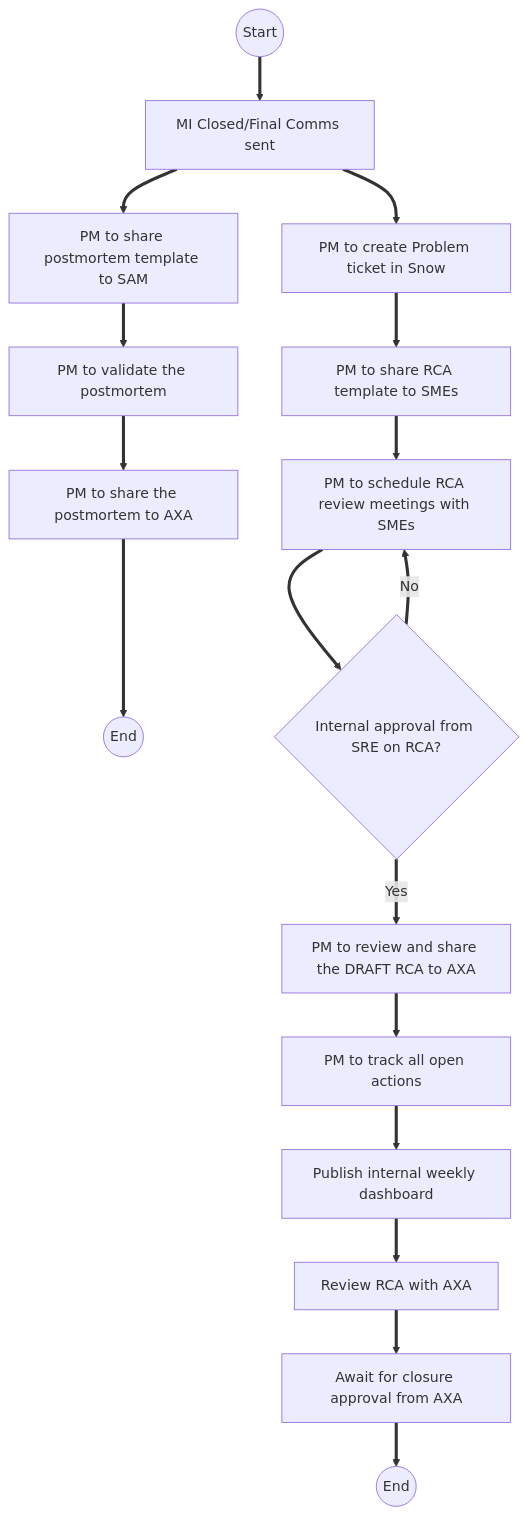
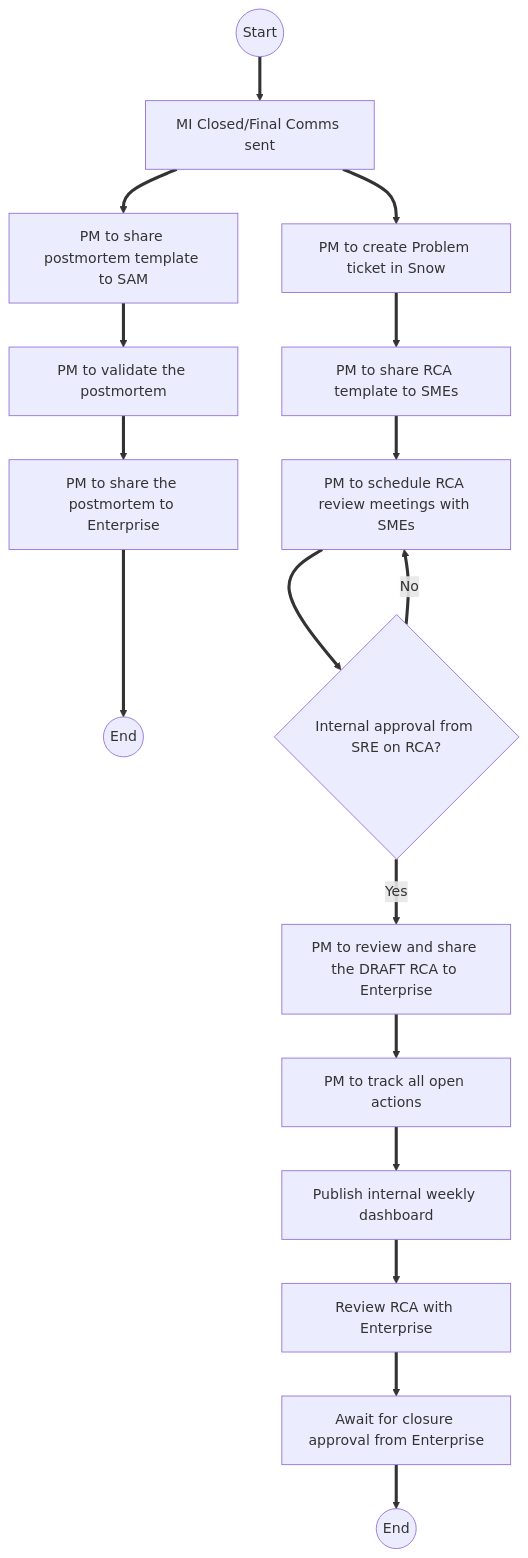
Before and after one commit to spnizen/cognitive-automation: the diagram in docs/squads/service/pmcoreit.md, drawn with Mermaid. The commit also changed other lines of this file and 112 other files, not shown here.

````diff
--- a/docs/squads/service/pmcoreit.md
+++ b/docs/squads/service/pmcoreit.md
@@ -12,13 +12,13 @@
     ``` mermaid
         graph TD
         X((Start)) ==> S[MI Closed/Final Comms sent] ==> S1[PM to share postmortem template to SAM] & A[PM to create Problem ticket in Snow];
-        S1 ==> S2[PM to validate the postmortem] ==> S3[PM to share the postmortem to AXA] ==> Y((End));
+        S1 ==> S2[PM to validate the postmortem] ==> S3[PM to share the postmortem to Enterprise] ==> Y((End));
         A ==> A1[PM to share RCA template to SMEs] ==> A2[PM to schedule RCA review meetings with SMEs]
-        ==> B{Internal approval from SRE on RCA?} ==> |Yes| B1[PM to review and share the DRAFT RCA to AXA]
+        ==> B{Internal approval from SRE on RCA?} ==> |Yes| B1[PM to review and share the DRAFT RCA to Enterprise]
         ==> C[PM to track all open actions]
         ==> C1[Publish internal weekly dashboard]
-        ==> C2[Review RCA with AXA]
-        ==> C3[Await for closure approval from AXA]
+        ==> C2[Review RCA with Enterprise]
+        ==> C3[Await for closure approval from Enterprise]
         ==> Z((End));
         B ==> |No| A2
     ```
````
